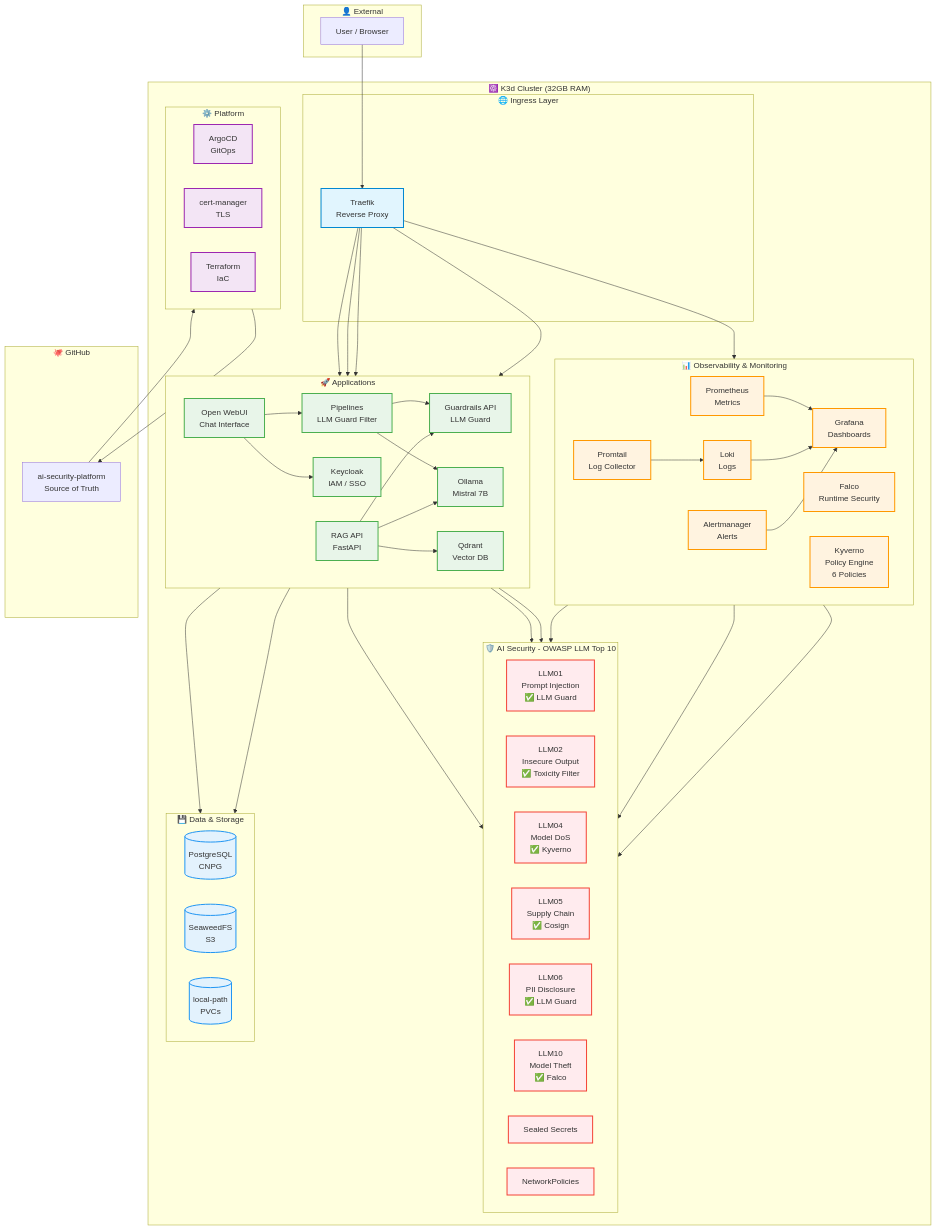
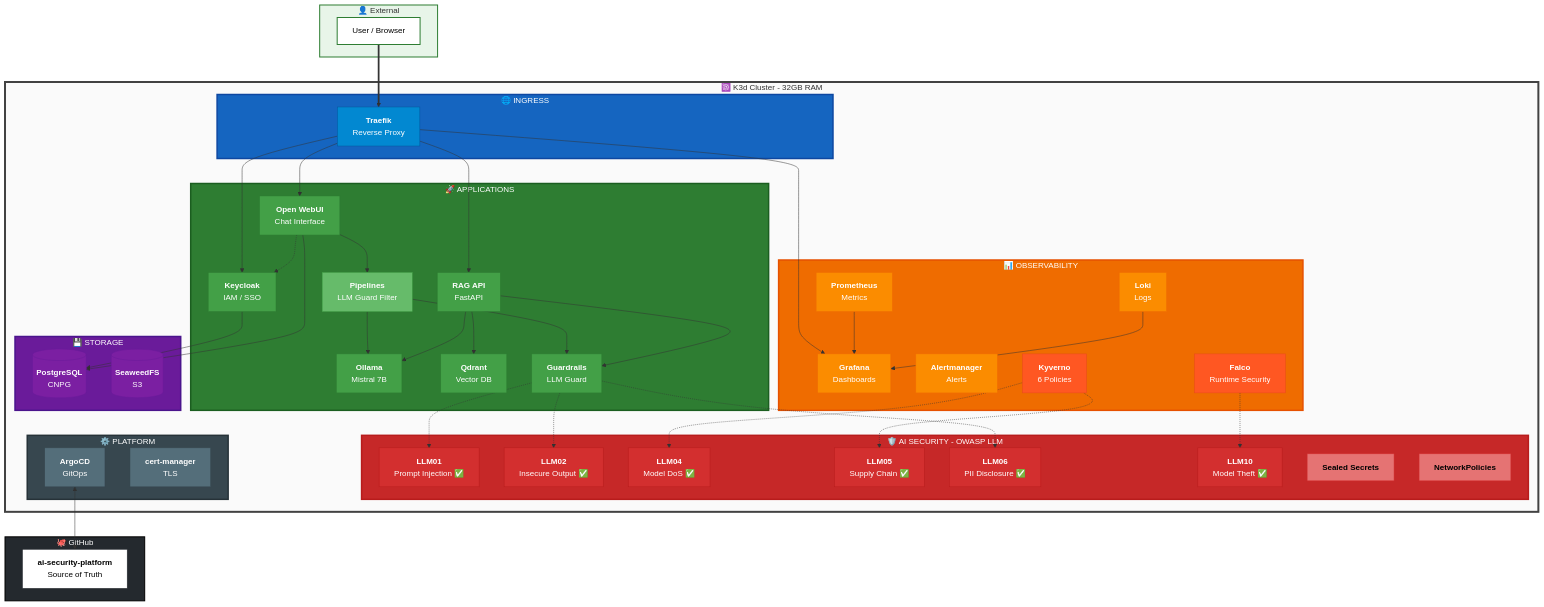
The diagram in docs/diagrams/ai-security-platform-architecture.md (Z3ROX-lab/ai-security-platform), drawn with Mermaid before and after one commit. The commit also changed other lines of this file, not shown here.

Commit message:
docs: improve architecture diagram contrast

````diff
--- a/docs/diagrams/ai-security-platform-architecture.md
+++ b/docs/diagrams/ai-security-platform-architecture.md
@@ -6,114 +6,132 @@
         USER[User / Browser]
     end
 
-    subgraph CLUSTER["☸️ K3d Cluster (32GB RAM)"]
+    subgraph CLUSTER["☸️ K3d Cluster - 32GB RAM"]
         
-        subgraph INGRESS["🌐 Ingress Layer"]
-            TRAEFIK[Traefik<br/>Reverse Proxy]
+        subgraph INGRESS["🌐 INGRESS"]
+            TRAEFIK["<b>Traefik</b><br/>Reverse Proxy"]
         end
 
-        subgraph APPS["🚀 Applications"]
-            direction LR
-            WEBUI[Open WebUI<br/>Chat Interface]
-            PIPELINES[Pipelines<br/>LLM Guard Filter]
-            KEYCLOAK[Keycloak<br/>IAM / SSO]
-            OLLAMA[Ollama<br/>Mistral 7B]
-            QDRANT[Qdrant<br/>Vector DB]
-            RAGAPI[RAG API<br/>FastAPI]
-            GUARDRAILS[Guardrails API<br/>LLM Guard]
+        subgraph APPS["🚀 APPLICATIONS"]
+            WEBUI["<b>Open WebUI</b><br/>Chat Interface"]
+            PIPELINES["<b>Pipelines</b><br/>LLM Guard Filter"]
+            KEYCLOAK["<b>Keycloak</b><br/>IAM / SSO"]
+            OLLAMA["<b>Ollama</b><br/>Mistral 7B"]
+            QDRANT["<b>Qdrant</b><br/>Vector DB"]
+            RAGAPI["<b>RAG API</b><br/>FastAPI"]
+            GUARDRAILS["<b>Guardrails</b><br/>LLM Guard"]
         end
 
-        subgraph SECURITY["🛡️ AI Security - OWASP LLM Top 10"]
-            direction LR
-            LLM01[LLM01<br/>Prompt Injection<br/>✅ LLM Guard]
-            LLM02[LLM02<br/>Insecure Output<br/>✅ Toxicity Filter]
-            LLM04[LLM04<br/>Model DoS<br/>✅ Kyverno]
-            LLM05[LLM05<br/>Supply Chain<br/>✅ Cosign]
-            LLM06[LLM06<br/>PII Disclosure<br/>✅ LLM Guard]
-            LLM10[LLM10<br/>Model Theft<br/>✅ Falco]
-            SECRETS[Sealed Secrets]
-            NETPOL[NetworkPolicies]
+        subgraph SECURITY["🛡️ AI SECURITY - OWASP LLM"]
+            LLM01["<b>LLM01</b><br/>Prompt Injection ✅"]
+            LLM02["<b>LLM02</b><br/>Insecure Output ✅"]
+            LLM04["<b>LLM04</b><br/>Model DoS ✅"]
+            LLM05["<b>LLM05</b><br/>Supply Chain ✅"]
+            LLM06["<b>LLM06</b><br/>PII Disclosure ✅"]
+            LLM10["<b>LLM10</b><br/>Model Theft ✅"]
+            SECRETS["<b>Sealed Secrets</b>"]
+            NETPOL["<b>NetworkPolicies</b>"]
         end
 
-        subgraph OBSERVABILITY["📊 Observability & Monitoring"]
-            direction LR
-            PROMETHEUS[Prometheus<br/>Metrics]
-            GRAFANA[Grafana<br/>Dashboards]
-            ALERTMANAGER[Alertmanager<br/>Alerts]
-            LOKI[Loki<br/>Logs]
-            PROMTAIL[Promtail<br/>Log Collector]
-            FALCO[Falco<br/>Runtime Security]
-            KYVERNO[Kyverno<br/>Policy Engine<br/>6 Policies]
+        subgraph OBSERVABILITY["📊 OBSERVABILITY"]
+            PROMETHEUS["<b>Prometheus</b><br/>Metrics"]
+            GRAFANA["<b>Grafana</b><br/>Dashboards"]
+            ALERTMANAGER["<b>Alertmanager</b><br/>Alerts"]
+            LOKI["<b>Loki</b><br/>Logs"]
+            FALCO["<b>Falco</b><br/>Runtime Security"]
+            KYVERNO["<b>Kyverno</b><br/>6 Policies"]
         end
 
-        subgraph STORAGE["💾 Data & Storage"]
-            direction LR
-            POSTGRESQL[(PostgreSQL<br/>CNPG)]
-            SEAWEEDFS[(SeaweedFS<br/>S3)]
-            LOCALPATH[(local-path<br/>PVCs)]
+        subgraph STORAGE["💾 STORAGE"]
+            POSTGRESQL[("<b>PostgreSQL</b><br/>CNPG")]
+            SEAWEEDFS[("<b>SeaweedFS</b><br/>S3")]
         end
 
-        subgraph PLATFORM["⚙️ Platform"]
-            direction LR
-            ARGOCD[ArgoCD<br/>GitOps]
-            CERTMANAGER[cert-manager<br/>TLS]
-            TERRAFORM[Terraform<br/>IaC]
+        subgraph PLATFORM["⚙️ PLATFORM"]
+            ARGOCD["<b>ArgoCD</b><br/>GitOps"]
+            CERTMANAGER["<b>cert-manager</b><br/>TLS"]
         end
 
     end
 
     subgraph GITHUB["🐙 GitHub"]
-        REPO[ai-security-platform<br/>Source of Truth]
+        REPO["<b>ai-security-platform</b><br/>Source of Truth"]
     end
 
-    %% Connections
-    USER --> TRAEFIK
+    %% Main Flow
+    USER ==> TRAEFIK
     TRAEFIK --> WEBUI
     TRAEFIK --> KEYCLOAK
     TRAEFIK --> GRAFANA
     TRAEFIK --> RAGAPI
-    TRAEFIK --> GUARDRAILS
     
     WEBUI --> PIPELINES
     PIPELINES --> GUARDRAILS
     PIPELINES --> OLLAMA
-    WEBUI --> KEYCLOAK
+    WEBUI -.-> KEYCLOAK
     
     RAGAPI --> GUARDRAILS
     RAGAPI --> QDRANT
     RAGAPI --> OLLAMA
     
-    GUARDRAILS --> LLM01
-    GUARDRAILS --> LLM02
-    GUARDRAILS --> LLM06
+    GUARDRAILS -.-> LLM01
+    GUARDRAILS -.-> LLM02
+    GUARDRAILS -.-> LLM06
     
-    KYVERNO --> LLM04
-    KYVERNO --> LLM05
-    FALCO --> LLM10
+    KYVERNO -.-> LLM04
+    KYVERNO -.-> LLM05
+    FALCO -.-> LLM10
     
     PROMETHEUS --> GRAFANA
     LOKI --> GRAFANA
-    ALERTMANAGER --> GRAFANA
-    PROMTAIL --> LOKI
     
     KEYCLOAK --> POSTGRESQL
     WEBUI --> POSTGRESQL
     
-    ARGOCD --> REPO
-    REPO --> ARGOCD
+    ARGOCD <--> REPO
 
-    %% Styling
-    classDef ingress fill:#e1f5fe,stroke:#0288d1,stroke-width:2px
-    classDef apps fill:#e8f5e9,stroke:#4caf50,stroke-width:2px
-    classDef security fill:#ffebee,stroke:#f44336,stroke-width:2px
-    classDef observability fill:#fff3e0,stroke:#ff9800,stroke-width:2px
-    classDef storage fill:#e3f2fd,stroke:#2196f3,stroke-width:2px
-    classDef platform fill:#f3e5f5,stroke:#9c27b0,stroke-width:2px
+    %% Styling - High Contrast
+    style INGRESS fill:#1565c0,stroke:#0d47a1,stroke-width:3px,color:#ffffff
+    style APPS fill:#2e7d32,stroke:#1b5e20,stroke-width:3px,color:#ffffff
+    style SECURITY fill:#c62828,stroke:#b71c1c,stroke-width:3px,color:#ffffff
+    style OBSERVABILITY fill:#ef6c00,stroke:#e65100,stroke-width:3px,color:#ffffff
+    style STORAGE fill:#6a1b9a,stroke:#4a148c,stroke-width:3px,color:#ffffff
+    style PLATFORM fill:#37474f,stroke:#263238,stroke-width:3px,color:#ffffff
+    style CLUSTER fill:#fafafa,stroke:#424242,stroke-width:4px
+    style EXTERNAL fill:#e8f5e9,stroke:#2e7d32,stroke-width:2px
+    style GITHUB fill:#24292e,stroke:#000000,stroke-width:2px,color:#ffffff
     
-    class TRAEFIK ingress
-    class WEBUI,PIPELINES,KEYCLOAK,OLLAMA,QDRANT,RAGAPI,GUARDRAILS apps
-    class LLM01,LLM02,LLM04,LLM05,LLM06,LLM10,SECRETS,NETPOL security
-    class PROMETHEUS,GRAFANA,ALERTMANAGER,LOKI,PROMTAIL,FALCO,KYVERNO observability
-    class POSTGRESQL,SEAWEEDFS,LOCALPATH storage
-    class ARGOCD,CERTMANAGER,TERRAFORM platform
+    style TRAEFIK fill:#0288d1,stroke:#01579b,color:#ffffff
+    style WEBUI fill:#43a047,stroke:#2e7d32,color:#ffffff
+    style PIPELINES fill:#66bb6a,stroke:#43a047,color:#ffffff
+    style KEYCLOAK fill:#43a047,stroke:#2e7d32,color:#ffffff
+    style OLLAMA fill:#43a047,stroke:#2e7d32,color:#ffffff
+    style QDRANT fill:#43a047,stroke:#2e7d32,color:#ffffff
+    style RAGAPI fill:#43a047,stroke:#2e7d32,color:#ffffff
+    style GUARDRAILS fill:#43a047,stroke:#2e7d32,color:#ffffff
+    
+    style LLM01 fill:#d32f2f,stroke:#b71c1c,color:#ffffff
+    style LLM02 fill:#d32f2f,stroke:#b71c1c,color:#ffffff
+    style LLM04 fill:#d32f2f,stroke:#b71c1c,color:#ffffff
+    style LLM05 fill:#d32f2f,stroke:#b71c1c,color:#ffffff
+    style LLM06 fill:#d32f2f,stroke:#b71c1c,color:#ffffff
+    style LLM10 fill:#d32f2f,stroke:#b71c1c,color:#ffffff
+    style SECRETS fill:#e57373,stroke:#d32f2f,color:#000000
+    style NETPOL fill:#e57373,stroke:#d32f2f,color:#000000
+    
+    style PROMETHEUS fill:#fb8c00,stroke:#ef6c00,color:#ffffff
+    style GRAFANA fill:#fb8c00,stroke:#ef6c00,color:#ffffff
+    style ALERTMANAGER fill:#fb8c00,stroke:#ef6c00,color:#ffffff
+    style LOKI fill:#fb8c00,stroke:#ef6c00,color:#ffffff
+    style FALCO fill:#ff5722,stroke:#e64a19,color:#ffffff
+    style KYVERNO fill:#ff5722,stroke:#e64a19,color:#ffffff
+    
+    style POSTGRESQL fill:#7b1fa2,stroke:#6a1b9a,color:#ffffff
+    style SEAWEEDFS fill:#7b1fa2,stroke:#6a1b9a,color:#ffffff
+    
+    style ARGOCD fill:#546e7a,stroke:#37474f,color:#ffffff
+    style CERTMANAGER fill:#546e7a,stroke:#37474f,color:#ffffff
+    
+    style USER fill:#ffffff,stroke:#2e7d32,stroke-width:2px,color:#000000
+    style REPO fill:#ffffff,stroke:#24292e,color:#000000
 ```
````
